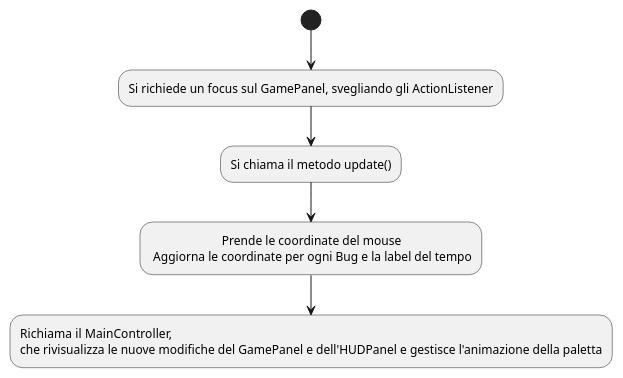
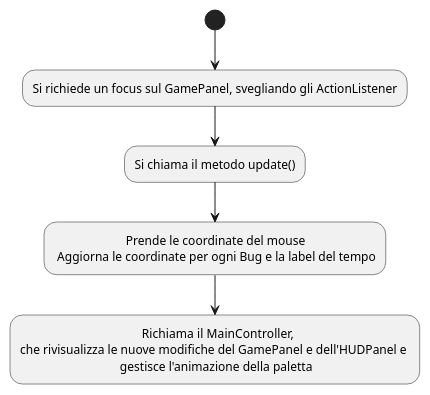
The diagram in src/controller/DoOneLoopActivity.puml (lcintini/JFlySwatter), drawn with PlantUML before and after one commit. The commit also changed 2 other files, not shown here.

Commit message:
aggiustamenti diagrammi di flusso

```diff
--- a/src/controller/DoOneLoopActivity.puml
+++ b/src/controller/DoOneLoopActivity.puml
@@ -1,10 +1,10 @@
 @startuml
 'https://plantuml.com/activity-diagram-beta
 
 (*)  --> "Si richiede un focus sul GamePanel, svegliando gli ActionListener"
 --> "Si chiama il metodo update()"
 -->"                       Prende le coordinate del mouse \n Aggiorna le coordinate per ogni Bug e la label del tempo"
--->"Richiama il MainController, \nche rivisualizza le nuove modifiche del GamePanel e dell'HUDPanel e gestisce l'animazione della paletta"
+-->"                                       Richiama il MainController, \nche rivisualizza le nuove modifiche del GamePanel e dell'HUDPanel e \n                                gestisce l'animazione della paletta"
 
 
 @enduml
```
